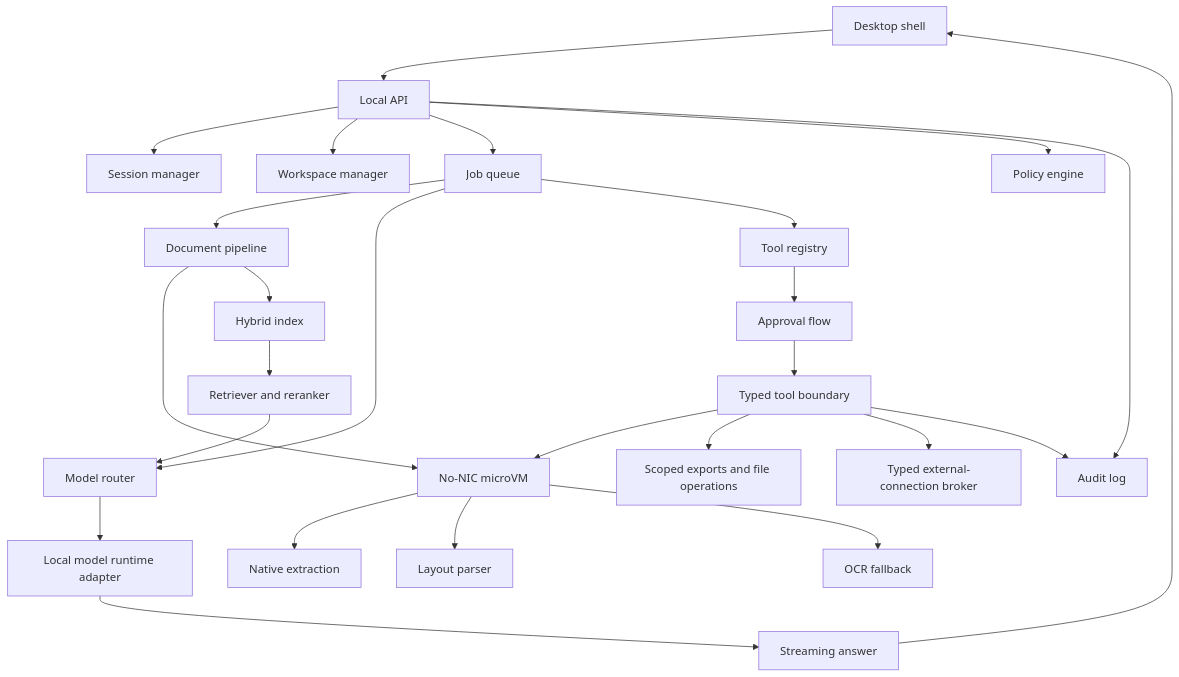
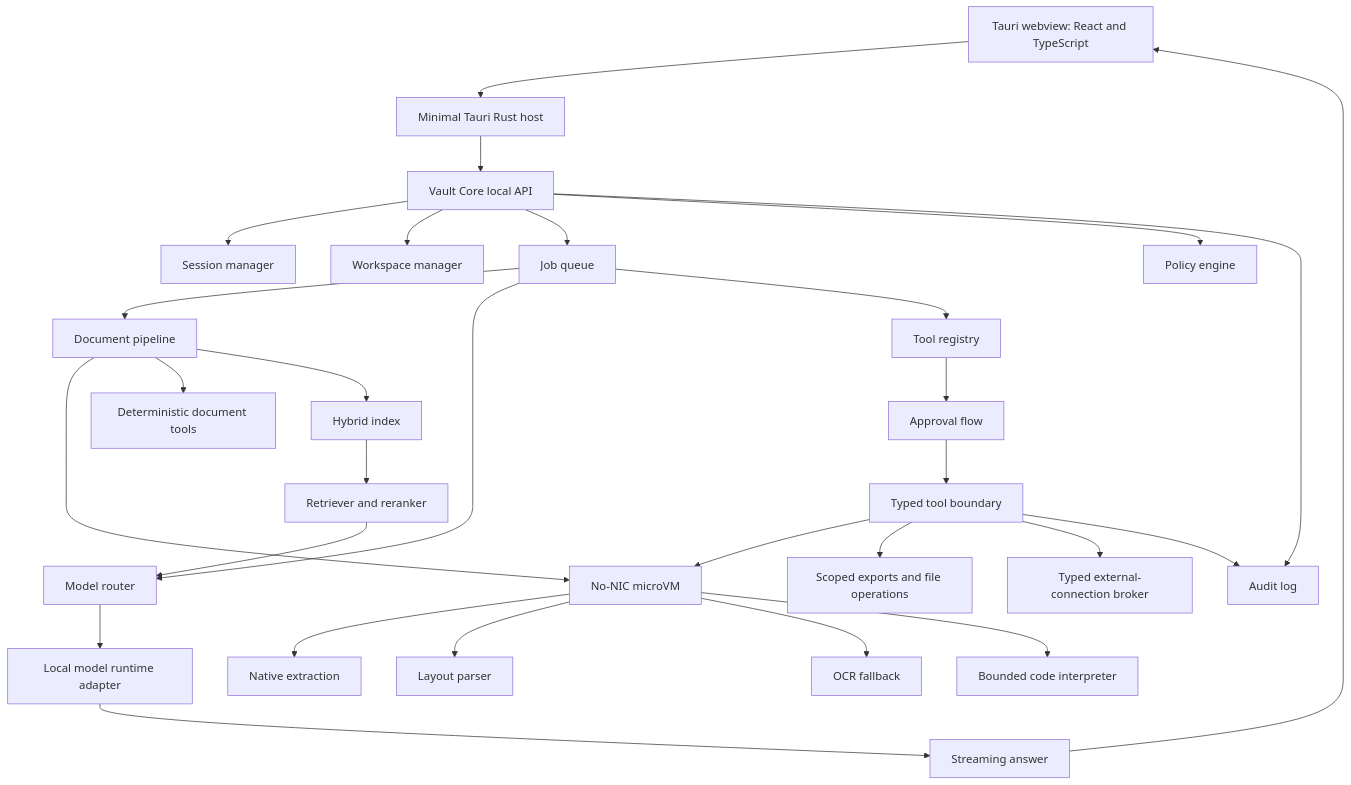
The diagram in docs/diagrams/desktop-architecture.md (alex-alecu/vault-desk), drawn with Mermaid before and after one commit. The commit also changed other lines of this file and 30 other files, not shown here.

First line of the commit message:
docs: refine offline desktop architecture

````diff
--- a/docs/diagrams/desktop-architecture.md
+++ b/docs/diagrams/desktop-architecture.md
@@ -5,33 +5,36 @@
 ```mermaid
 flowchart TD
-    UI["Desktop shell"] --> API["Local API"]
+    UI["Tauri webview: React and TypeScript"] --> Host["Minimal Tauri Rust host"]
+    Host --> API["Vault Core local API"]
     API --> Session["Session manager"]
     API --> Workspace["Workspace manager"]
     API --> Jobs["Job queue"]
     API --> Policy["Policy engine"]
     API --> Audit["Audit log"]
 
     Jobs --> Docs["Document pipeline"]
     Jobs --> Router["Model router"]
     Jobs --> Tools["Tool registry"]
 
     Docs --> MicroVM["No-NIC microVM"]
     MicroVM --> Extract["Native extraction"]
     MicroVM --> Layout["Layout parser"]
     MicroVM --> OCR["OCR fallback"]
+    MicroVM --> Code["Bounded code interpreter"]
+    Docs --> Deterministic["Deterministic document tools"]
     Docs --> Index["Hybrid index"]
 
     Index --> Retrieval["Retriever and reranker"]
     Retrieval --> Router
 
     Router --> Runtime["Local model runtime adapter"]
     Runtime --> Stream["Streaming answer"]
     Stream --> UI
 
     Tools --> Approval["Approval flow"]
     Approval --> Sandbox["Typed tool boundary"]
     Sandbox --> MicroVM
     Sandbox --> Export["Scoped exports and file operations"]
     Sandbox --> NetworkBroker["Typed external-connection broker"]
     Sandbox --> Audit
 ```
````
